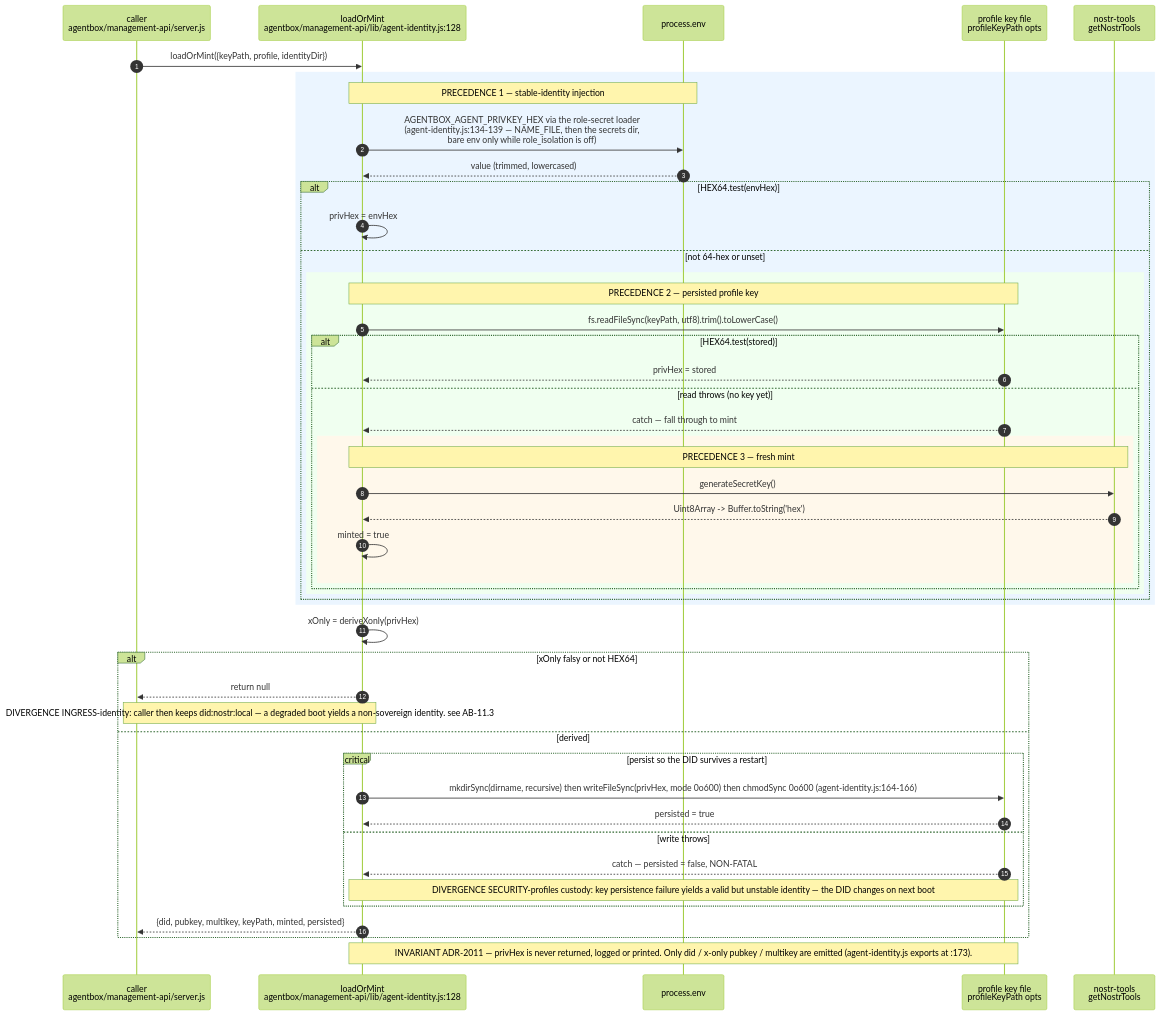
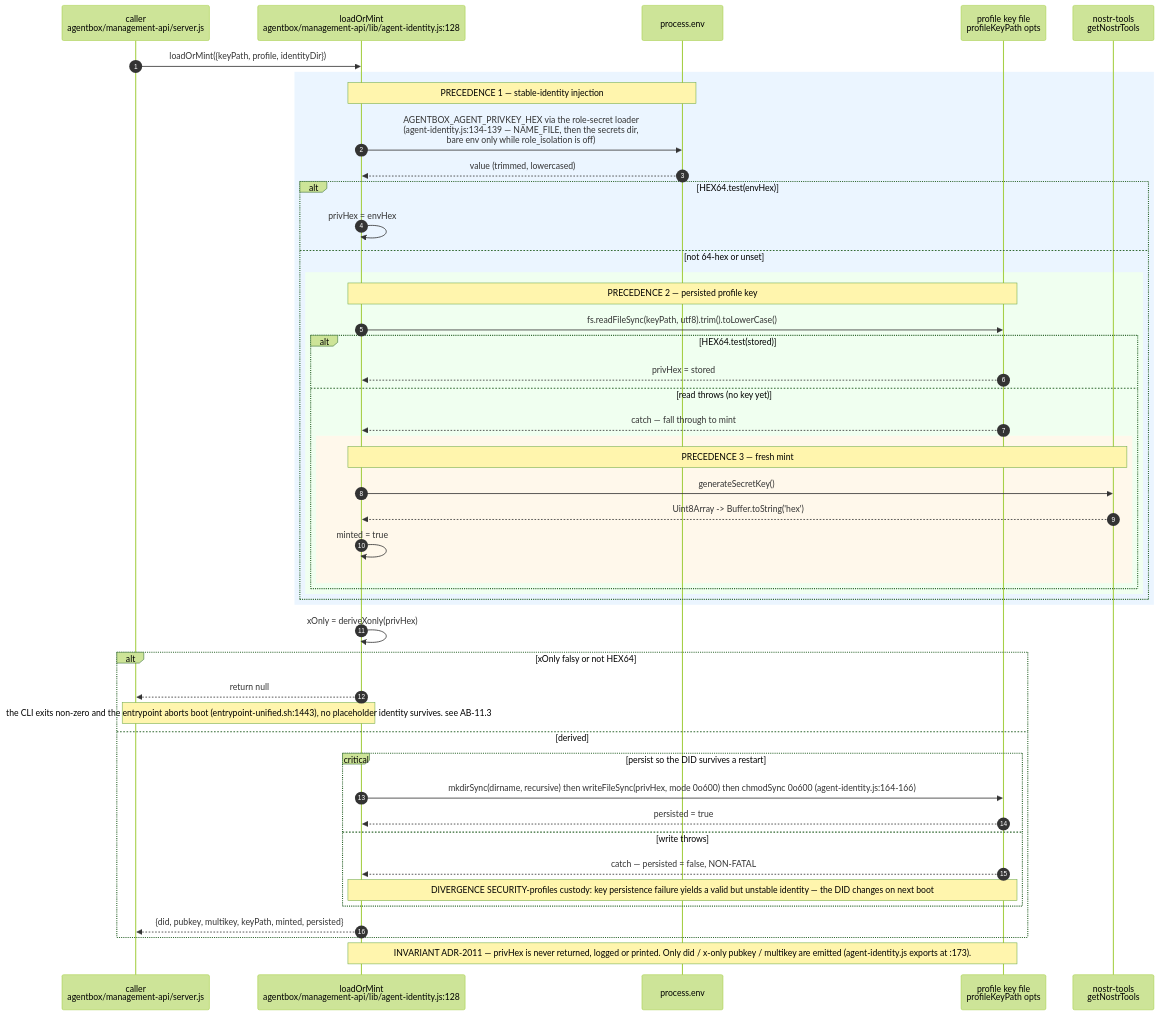
One commit to DreamLab-AI/VisionFlow changed the second of 16 diagrams in docs/diagrams/agentbox/11-identity-did-mandate-authority.md. Above: the diagram before and after it, drawn with Mermaid (forest theme). The commit also changed other lines of this file and 160 other files, not shown here.

````diff
--- a/docs/diagrams/agentbox/11-identity-did-mandate-authority.md
+++ b/docs/diagrams/agentbox/11-identity-did-mandate-authority.md
@@ -99,50 +99,50 @@
 ```mermaid
 sequenceDiagram
     autonumber
     participant CALLER as caller<br/>agentbox/management-api/server.js
     participant AI as loadOrMint<br/>agentbox/management-api/lib/agent-identity.js:128
     participant ENV as process.env
     participant FS as profile key file<br/>profileKeyPath opts
     participant NT as nostr-tools<br/>getNostrTools
 
     CALLER->>AI: loadOrMint({keyPath, profile, identityDir})
     rect rgb(235,245,255)
     Note over AI,ENV: PRECEDENCE 1 — stable-identity injection
     AI->>ENV: AGENTBOX_AGENT_PRIVKEY_HEX via the role-secret loader<br/>(agent-identity.js:134-139 — NAME_FILE, then the secrets dir,<br/>bare env only while role_isolation is off)
     ENV-->>AI: value (trimmed, lowercased)
     alt HEX64.test(envHex)
         AI->>AI: privHex = envHex
     else not 64-hex or unset
         rect rgb(240,255,240)
         Note over AI,FS: PRECEDENCE 2 — persisted profile key
         AI->>FS: fs.readFileSync(keyPath, utf8).trim().toLowerCase()
         alt HEX64.test(stored)
             FS-->>AI: privHex = stored
         else read throws (no key yet)
             FS-->>AI: catch — fall through to mint
             rect rgb(255,248,235)
             Note over AI,NT: PRECEDENCE 3 — fresh mint
             AI->>NT: generateSecretKey()
             NT-->>AI: Uint8Array -> Buffer.toString('hex')
             AI->>AI: minted = true
             end
         end
         end
     end
     end
     AI->>AI: xOnly = deriveXonly(privHex)
     alt xOnly falsy or not HEX64
         AI-->>CALLER: return null
-        Note over AI,CALLER: DIVERGENCE INGRESS-identity: caller then keeps did:nostr:local — a degraded boot yields a non-sovereign identity. see AB-11.3
+        Note over AI,CALLER: the CLI exits non-zero and the entrypoint aborts boot (entrypoint-unified.sh:1443), no placeholder identity survives. see AB-11.3
     else derived
         critical persist so the DID survives a restart
             AI->>FS: mkdirSync(dirname, recursive) then writeFileSync(privHex, mode 0o600) then chmodSync 0o600 (agent-identity.js:164-166)
             FS-->>AI: persisted = true
         option write throws
             FS-->>AI: catch — persisted = false, NON-FATAL
             Note over AI,FS: DIVERGENCE SECURITY-profiles custody: key persistence failure yields a valid but unstable identity — the DID changes on next boot
         end
         AI-->>CALLER: {did, pubkey, multikey, keyPath, minted, persisted}
     end
     Note over AI,FS: INVARIANT ADR-2011 — privHex is never returned, logged or printed. Only did / x-only pubkey / multikey are emitted (agent-identity.js exports at :173).
 ```
````
